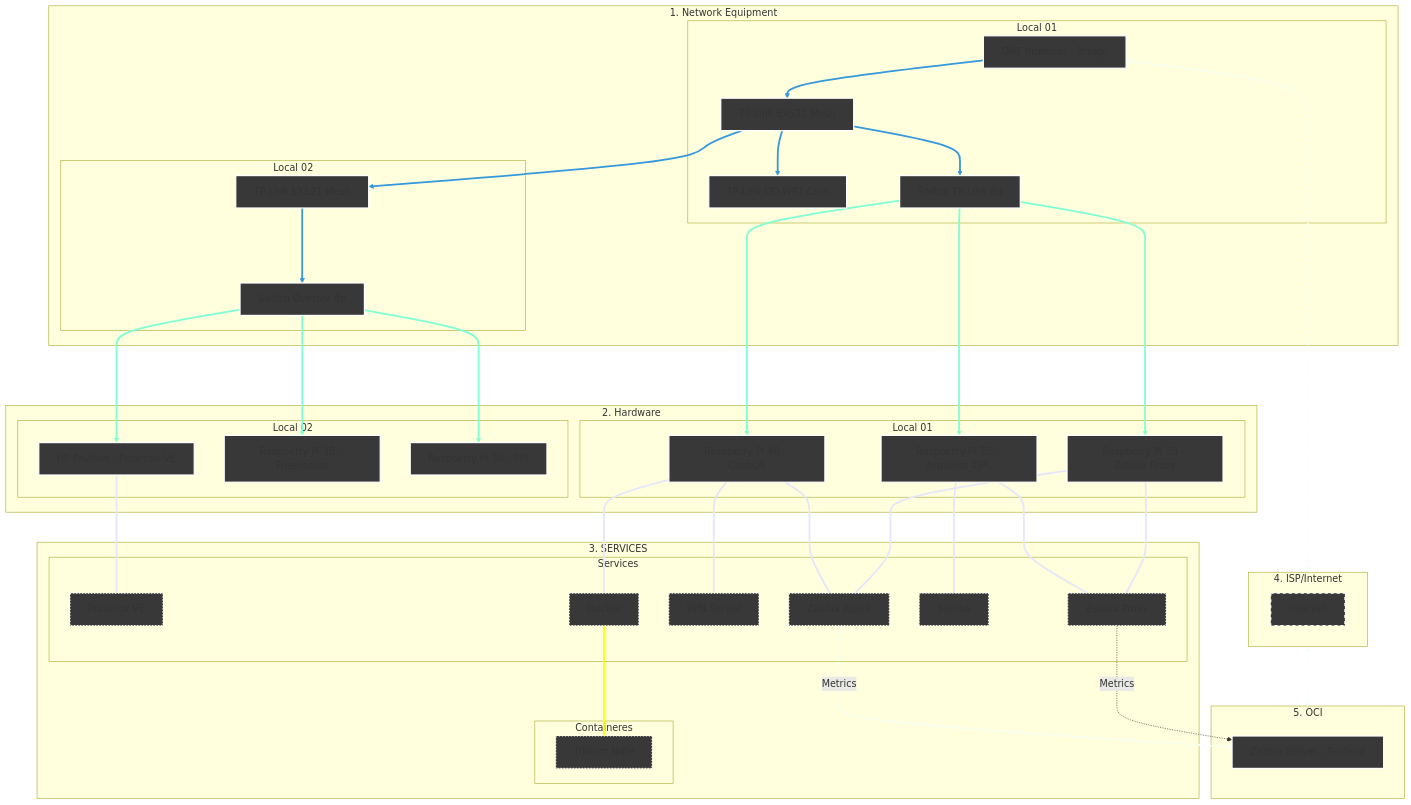
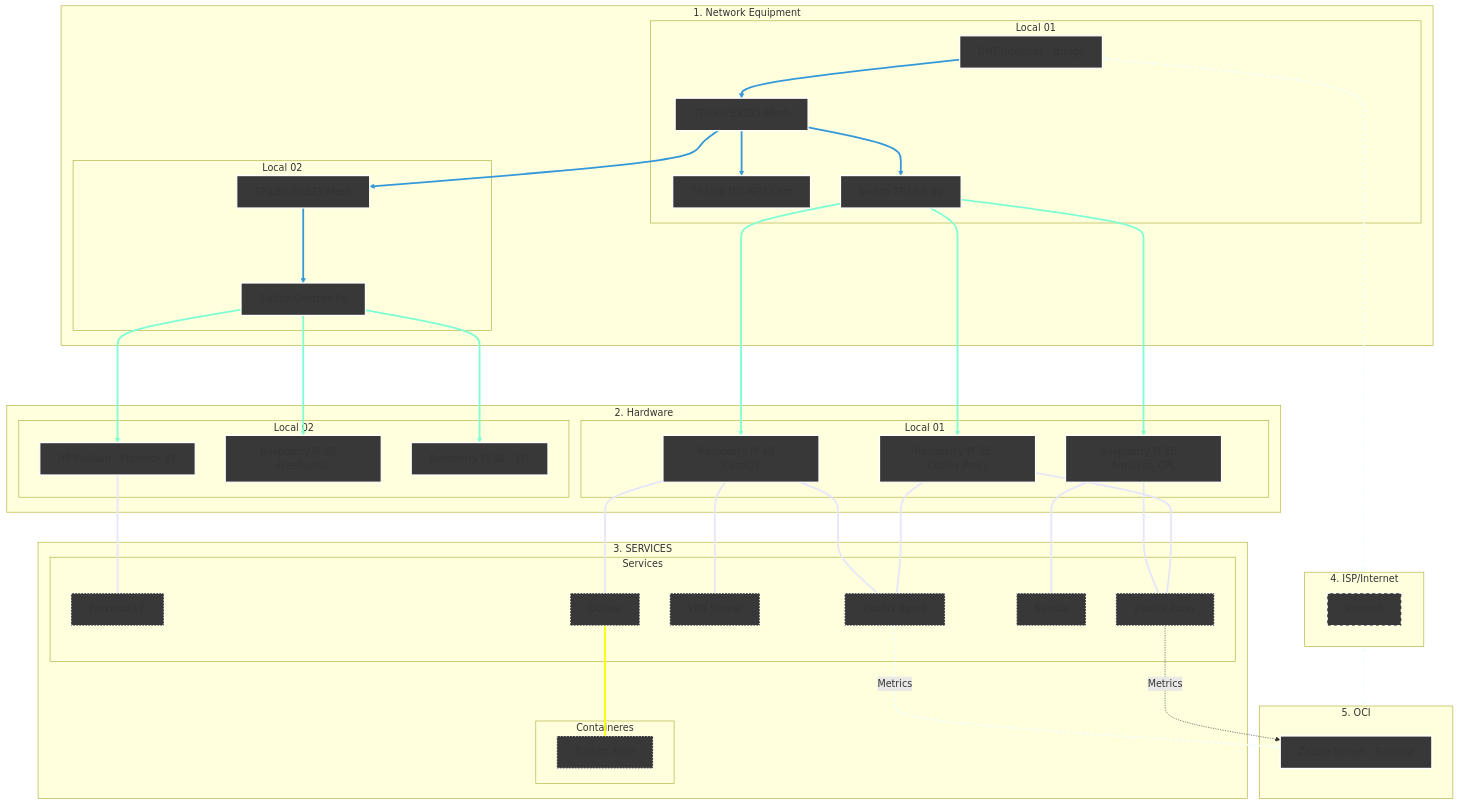
One commit to kevindexter22/Dr-Hardware-Autonet changed the diagram in Infrastructure/README.md. Above: the diagram before and after it, drawn with Mermaid. The commit also changed other lines of this file, not shown here.

Commit message:
Fix hardware connections in README.md

````diff
--- a/Infrastructure/README.md
+++ b/Infrastructure/README.md
@@ -13,80 +13,80 @@
 ```mermaid
 graph TD
     %% Styles
     classDef network fill:#383838,stroke:#FFFFFF,stroke-width:2px;
     classDef hardware fill:#383838,stroke:#FFFFFF,stroke-width:2px;
     classDef internet fill:#383838,stroke:#FFFFFF,stroke-width:2px,stroke-dasharray: 5 5;
     classDef services fill:#383838,stroke:#FFFFFF,stroke-width:2px, stroke-dasharray: 2 3;
     classDef oci fill:#383838,stroke:#FFFFFF,stroke-width:2px;
 
     %% 1. NETWORK EQUIPMENT
     subgraph Principal["1. Network Equipment"]
     subgraph S1 [Local 01]
         ONT[ONT Intelbras - Bridge]:::network --> R_Mesh1[TP-Link EX521 Mesh]:::network
         R_Mesh1 --> R_Cams[TP-Link DD-WRT Cam]:::network 
         R_Mesh1 --> SW1[Switch TP-Link 8p]:::network  
     end
     subgraph S2 [Local 02]
         R_Mesh1 --> R_Mesh2[TP-Link EX521 Mesh]:::network
         R_Mesh2 ---> SW2[Switch Overtek 8p]:::network
     end
     end
     
     %% 2. HARDWARE
     subgraph Principal02["2. Hardware"]
     subgraph S3 [Local 01]
         SW1 ---> RPi4B[Raspberry Pi 4B - CasaOS]:::hardware
+        SW1 ---> RPi3B_2[Raspberry Pi 3B - Zabbix Proxy]:::hardware
         SW1 ---> RPi3B_1[Raspberry Pi 3B - Arquivos_OPL]:::hardware
-        SW1 ---> RPi3B_2[Raspberry Pi 3B - Zabbix Proxy]:::hardware
     end
     subgraph S4 [Local 02]
         SW2 ---> HP[HP Pavilion - Proxmox VE]:::hardware
         SW2 ---> RPi3B_3[Raspberry Pi 3B - FreeRadius]:::hardware
         SW2 ---> RPi3B_4[Raspberry Pi 3B - ???]:::hardware
     end
     end
 
     %% 3. SERVICES
     subgraph Principal03["3. SERVICES"]
     subgraph S5 [Services];
         HP --- PVE[Proxmox VE]:::services
         RPi4B --- Docker[Docker]:::services     
         RPi4B --- VPN[VPN Server]:::services
         RPi4B --- ZA[Zabbix Agent]:::services
         RPi3B_2 --- ZA[Zabbix Agent]:::services
         RPi3B_1 --- SMB1[Samba]:::services
         RPi3B_1 --- ZP[Zabbix Proxy]:::services
         RPi3B_2 --- ZP[Zabbix Proxy]:::services
     end
     subgraph S6 [Containeres];
         Docker[Docker] --- Trillium[Trillium Note]:::services
     end
     end
 
     %% 4. Internet (The Bridge)
     subgraph S7 [4. ISP/Internet]
            internet[Internet]:::internet
     end
 
     %% 5. Oracle Cloud Infrastructure
     subgraph S8 [5. OCI]
         ZS[Zabbix Server - Grafana]:::oci
     end
 
     %% Conections of data flow
     ONT <--> S7
     S7 <--> S8
     
     %% Logical conections
     ZA -.-> |Metrics| ZS
     ZP -.-> |Metrics| ZS 
 
     %% --- Set collor on conections ---
     
     linkStyle 0,1,2,3,4 stroke:#3498db,stroke-width:3px;
     linkStyle 5,6,7,8,9,10 stroke:#7FFFD4,stroke-width:3px;
     linkStyle 11,12,13,14,15,16,17,18 stroke:#E6E6FA,stroke-width:3px;
     linkStyle 19 stroke:#FFFF00,stroke-width:3px;
     linkStyle 20,21,22 stroke:#F5FFFA,stroke-width:3px,stroke-dasharray: 5 5;
 
 ```
````
